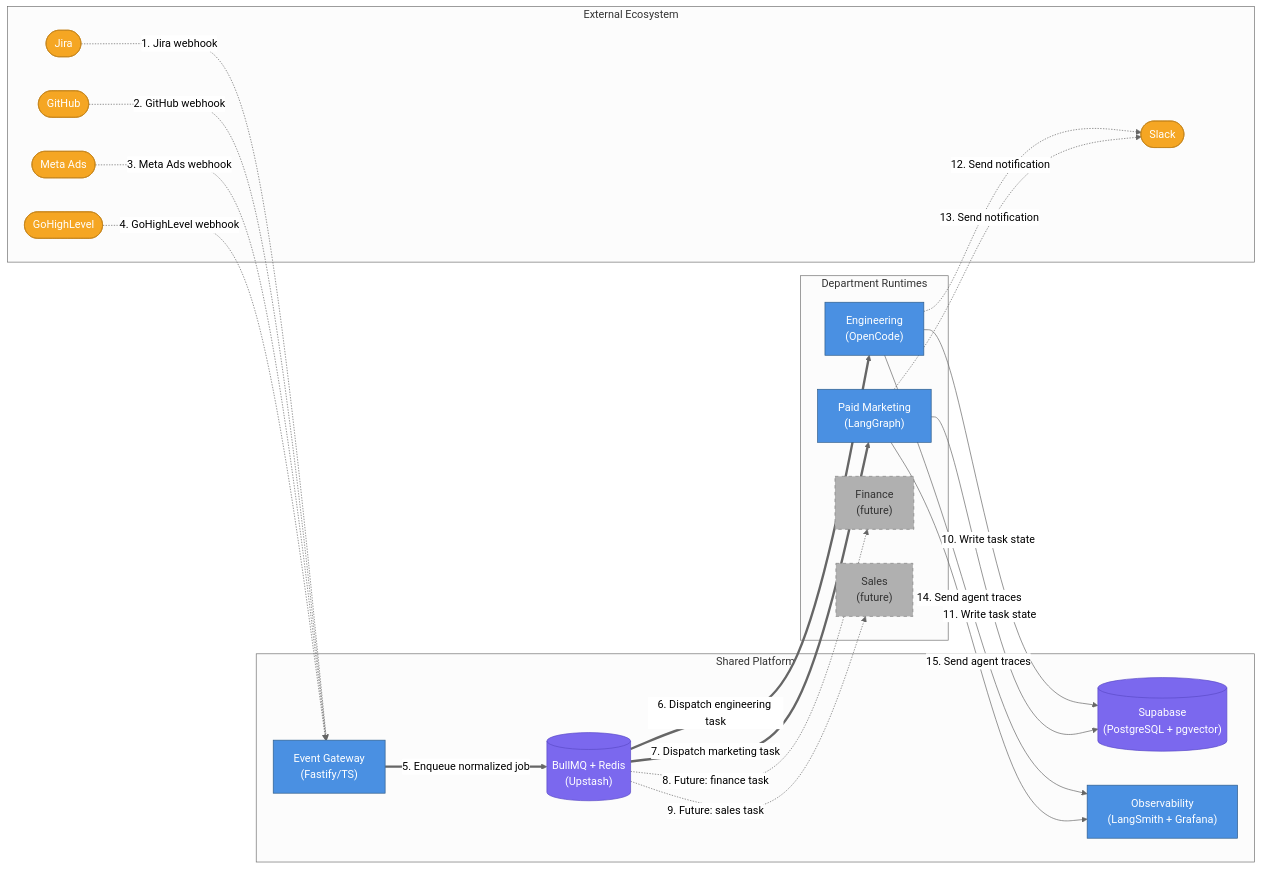
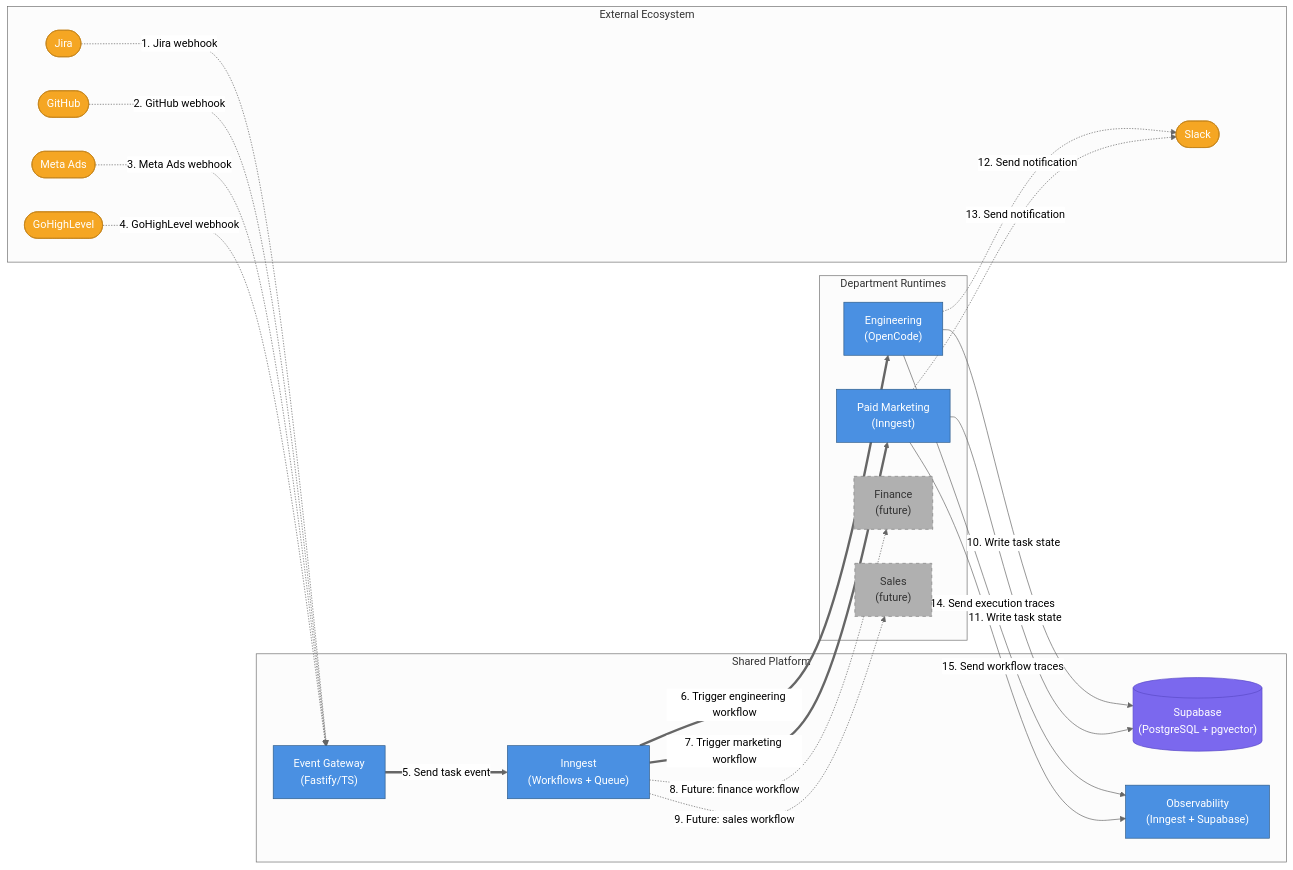
One commit to viiqswim/dozaldevs-ai-employee changed the first of 15 diagrams in docs/2026-03-22-2317-ai-employee-architecture.md. Above: the diagram before and after it, drawn with Mermaid (neutral theme). The commit also changed other lines of this file, not shown here.

Commit message:
docs: simplify stack for speed-to-V1 — replace BullMQ/LangGraph/LangSmith with Inngest, add deferred capabilities section

````diff
--- a/docs/2026-03-22-2317-ai-employee-architecture.md
+++ b/docs/2026-03-22-2317-ai-employee-architecture.md
@@ -59,45 +60,45 @@
 ```mermaid
 graph LR
     subgraph External Ecosystem
         JIRA(["Jira"]):::external
         GH(["GitHub"]):::external
         META(["Meta Ads"]):::external
         GHL(["GoHighLevel"]):::external
         SLACK(["Slack"]):::external
     end
 
     subgraph Shared Platform
         GATEWAY["Event Gateway\n(Fastify/TS)"]:::service
-        QUEUE[("BullMQ + Redis\n(Upstash)")]:::storage
+        INNGEST["Inngest\n(Workflows + Queue)"]:::service
         SUPABASE[("Supabase\n(PostgreSQL + pgvector)")]:::storage
-        OBS["Observability\n(LangSmith + Grafana)"]:::service
+        OBS["Observability\n(Inngest + Supabase)"]:::service
     end
 
     subgraph Department Runtimes
         ENG["Engineering\n(OpenCode)"]:::service
-        MKT["Paid Marketing\n(LangGraph)"]:::service
+        MKT["Paid Marketing\n(Inngest)"]:::service
         FIN["Finance\n(future)"]:::future
         SALES["Sales\n(future)"]:::future
     end
 
     JIRA -.->|"1. Jira webhook"| GATEWAY
     GH -.->|"2. GitHub webhook"| GATEWAY
     META -.->|"3. Meta Ads webhook"| GATEWAY
     GHL -.->|"4. GoHighLevel webhook"| GATEWAY
-    GATEWAY ==>|"5. Enqueue normalized job"| QUEUE
-    QUEUE ==>|"6. Dispatch engineering task"| ENG
-    QUEUE ==>|"7. Dispatch marketing task"| MKT
-    QUEUE -.->|"8. Future: finance task"| FIN
-    QUEUE -.->|"9. Future: sales task"| SALES
+    GATEWAY ==>|"5. Send task event"| INNGEST
+    INNGEST ==>|"6. Trigger engineering workflow"| ENG
+    INNGEST ==>|"7. Trigger marketing workflow"| MKT
+    INNGEST -.->|"8. Future: finance workflow"| FIN
+    INNGEST -.->|"9. Future: sales workflow"| SALES
     ENG -->|"10. Write task state"| SUPABASE
     MKT -->|"11. Write task state"| SUPABASE
     ENG -.->|"12. Send notification"| SLACK
     MKT -.->|"13. Send notification"| SLACK
-    ENG -->|"14. Send agent traces"| OBS
-    MKT -->|"15. Send agent traces"| OBS
+    ENG -->|"14. Send execution traces"| OBS
+    MKT -->|"15. Send workflow traces"| OBS
 
     classDef service fill:#4A90E2,stroke:#2E5C8A,color:#fff
     classDef storage fill:#7B68EE,stroke:#5B4BC7,color:#fff
     classDef external fill:#F5A623,stroke:#C4841A,color:#fff
     classDef future fill:#B0B0B0,stroke:#808080,color:#333,stroke-dasharray:5
 ```
````
